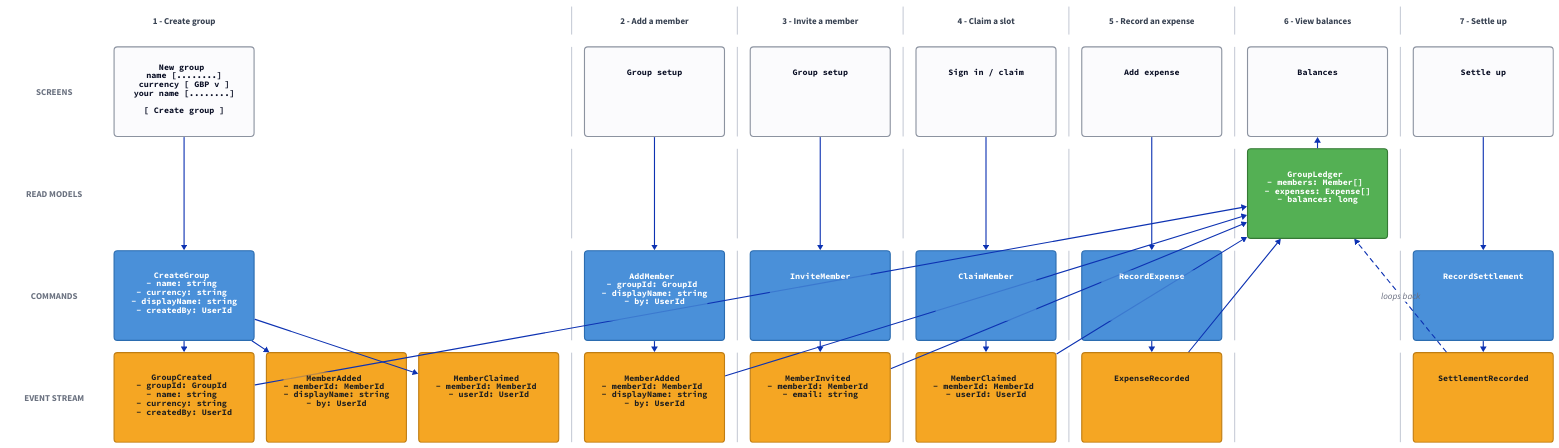
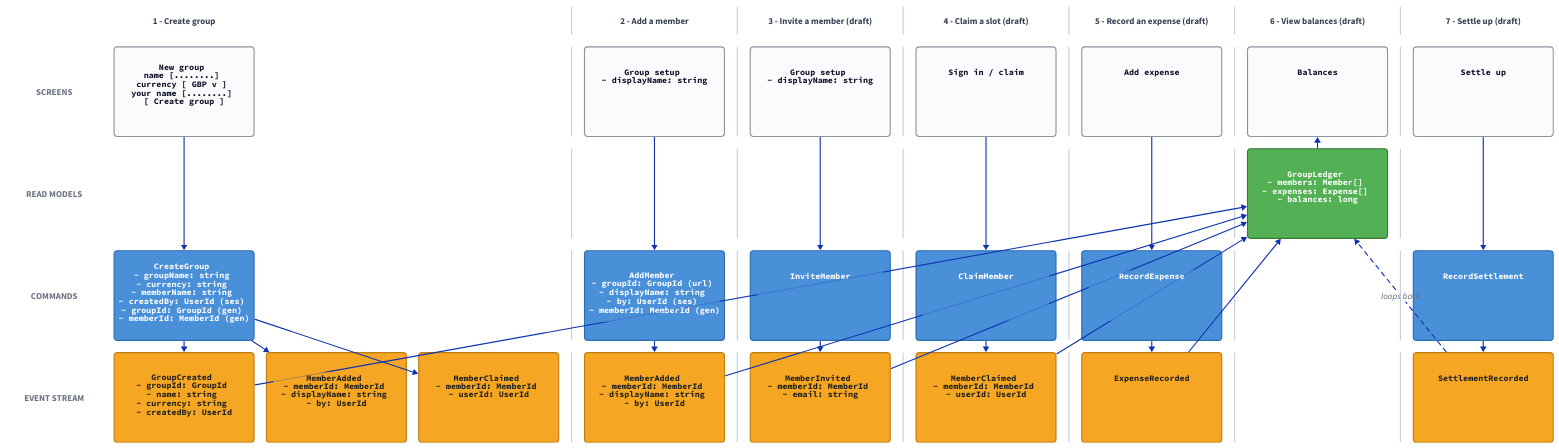
Before and after one commit to MartinFaartoft/share-expenses: the diagram in docs/event-model/happy-path.d2, drawn with D2. The commit also changed 11 other files, not shown here.

```diff
--- a/docs/event-model/happy-path.d2
+++ b/docs/event-model/happy-path.d2
@@ -1,158 +1,158 @@
 # GENERATED from event-model.yaml by generate.py - do not edit.
 #
 # Rows: 1 slice names, 2 SCREENS, 3 READ MODELS, 4 COMMANDS, 5 EVENT STREAM.
 # Read models sit by the screens they feed and commands by the events they emit,
 # so the arrow for either pattern is only ever one row long.
 # Column 1 holds lane labels, slices are separated by a 2px divider column, and
 # every other column is one event slot: time runs left to right.
 
 grid-rows: 5
 horizontal-gap: 22
 vertical-gap: 22
 
 classes: {
   lanelabel: {
     width: 170; height: 160
     style: { fill: transparent; stroke-width: 0; font-color: "#6b7280"; bold: true }
   }
   slicename: {
     width: 250; height: 50
     style: { fill: transparent; stroke-width: 0; font-color: "#374151"; bold: true }
   }
   lgapN: { width: 170;    height: 50;  style: { opacity: 0 } }
   gapN:  { width: 250; height: 50;  style: { opacity: 0 } }
   divN:  { width: 2;      height: 50;  style: { fill: "#c9ced8"; stroke-width: 0 } }
   div:   { width: 2;      height: 160; style: { fill: "#c9ced8"; stroke-width: 0 } }
   gap:   { width: 250; height: 160; style: { opacity: 0 } }
   screen: {
     width: 250; height: 160
     style: { font: mono; font-size: 15; fill: "#fbfbfd"; stroke: "#8c93a0"; stroke-width: 2; border-radius: 6 }
   }
   command: {
     width: 250; height: 160
     style: { font: mono; font-size: 15; fill: "#4a90d9"; stroke: "#2b6cb0"; font-color: "#ffffff"; border-radius: 6 }
   }
   event: {
     width: 250; height: 160
     style: { font: mono; font-size: 15; fill: "#f5a623"; stroke: "#c07d12"; font-color: "#1f1f1f"; border-radius: 6 }
   }
   view: {
     width: 250; height: 160
     style: { font: mono; font-size: 15; fill: "#54b054"; stroke: "#357935"; font-color: "#ffffff"; border-radius: 6 }
   }
 }
 
 # ===== row 1: slice names =====
 q0: "" { class: lgapN }
 n0: "1 - Create group                        " { class: slicename }
 gpN0_1: "" { class: gapN }
 gpN0_2: "" { class: gapN }
 dvN1: "" { class: divN }
 n1: "2 - Add a member                        " { class: slicename }
 dvN2: "" { class: divN }
-n2: "3 - Invite a member                     " { class: slicename }
+n2: "3 - Invite a member (draft)             " { class: slicename }
 dvN3: "" { class: divN }
-n3: "4 - Claim a slot                        " { class: slicename }
+n3: "4 - Claim a slot (draft)                " { class: slicename }
 dvN4: "" { class: divN }
-n4: "5 - Record an expense                   " { class: slicename }
+n4: "5 - Record an expense (draft)           " { class: slicename }
 dvN5: "" { class: divN }
-n5: "6 - View balances                       " { class: slicename }
+n5: "6 - View balances (draft)               " { class: slicename }
 dvN6: "" { class: divN }
-n6: "7 - Settle up                           " { class: slicename }
+n6: "7 - Settle up (draft)                   " { class: slicename }
 
 # ===== row 2: screens =====
 l2: "SCREENS" { class: lanelabel }
-s0: "New group            \n                     \nname       [........]\ncurrency   [ GBP  v ]\nyour name  [........]\n                     \n  [ Create group ]   " { class: screen }
+s0: "New group                 \n                          \nname       [........]     \ncurrency   [ GBP  v ]     \nyour name  [........]     \n                          \n  [ Create group ]        " { class: screen }
 gp2_0_1: "" { class: gap }
 gp2_0_2: "" { class: gap }
 dv2_1: "" { class: div }
-s1: "Group setup          \n                     \n                     \n                     \n                     \n                     " { class: screen }
+s1: "Group setup               \n                          \n- displayName: string     \n                          \n                          \n                          " { class: screen }
 dv2_2: "" { class: div }
-s2: "Group setup          \n                     \n                     \n                     \n                     \n                     " { class: screen }
+s2: "Group setup               \n                          \n- displayName: string     \n                          \n                          \n                          " { class: screen }
 dv2_3: "" { class: div }
-s3: "Sign in / claim      \n                     \n                     \n                     \n                     \n                     " { class: screen }
+s3: "Sign in / claim           \n                          \n                          \n                          \n                          \n                          " { class: screen }
 dv2_4: "" { class: div }
-s4: "Add expense          \n                     \n                     \n                     \n                     \n                     " { class: screen }
+s4: "Add expense               \n                          \n                          \n                          \n                          \n                          " { class: screen }
 dv2_5: "" { class: div }
-s5: "Balances             \n                     \n                     \n                     \n                     \n                     " { class: screen }
+s5: "Balances                  \n                          \n                          \n                          \n                          \n                          " { class: screen }
 dv2_6: "" { class: div }
-s6: "Settle up            \n                     \n                     \n                     \n                     \n                     " { class: screen }
+s6: "Settle up                 \n                          \n                          \n                          \n                          \n                          " { class: screen }
 
 # ===== row 3: read models =====
 l3: "READ MODELS" { class: lanelabel }
 gp3_0: "" { class: gap }
 gp3_0_1: "" { class: gap }
 gp3_0_2: "" { class: gap }
 dv3_1: "" { class: div }
 gp3_1: "" { class: gap }
 dv3_2: "" { class: div }
 gp3_2: "" { class: gap }
 dv3_3: "" { class: div }
 gp3_3: "" { class: gap }
 dv3_4: "" { class: div }
 gp3_4: "" { class: gap }
 dv3_5: "" { class: div }
-rm5: "GroupLedger          \n                     \n- members: Member[]  \n- expenses: Expense[]\n- balances: long     \n                     " { class: view }
+rm5: "GroupLedger               \n                          \n- members: Member[]       \n- expenses: Expense[]     \n- balances: long          \n                          " { class: view }
 dv3_6: "" { class: div }
 gp3_6: "" { class: gap }
 
 # ===== row 4: commands =====
 l4: "COMMANDS" { class: lanelabel }
-c0: "CreateGroup          \n                     \n- name: string       \n- currency: string   \n- displayName: string\n- createdBy: UserId  " { class: command }
+c0: "CreateGroup               \n                          \n- groupName: string       \n- currency: string        \n- memberName: string      \n- createdBy: UserId (ses) \n- groupId: GroupId (gen)  \n- memberId: MemberId (gen)" { class: command }
 gp4_0_1: "" { class: gap }
 gp4_0_2: "" { class: gap }
 dv4_1: "" { class: div }
-c1: "AddMember            \n                     \n- groupId: GroupId   \n- displayName: string\n- by: UserId         \n                     " { class: command }
+c1: "AddMember                 \n                          \n- groupId: GroupId (url)  \n- displayName: string     \n- by: UserId (ses)        \n- memberId: MemberId (gen)" { class: command }
 dv4_2: "" { class: div }
-c2: "InviteMember         \n                     \n                     \n                     \n                     \n                     " { class: command }
+c2: "InviteMember              \n                          \n                          \n                          \n                          \n                          " { class: command }
 dv4_3: "" { class: div }
-c3: "ClaimMember          \n                     \n                     \n                     \n                     \n                     " { class: command }
+c3: "ClaimMember               \n                          \n                          \n                          \n                          \n                          " { class: command }
 dv4_4: "" { class: div }
-c4: "RecordExpense        \n                     \n                     \n                     \n                     \n                     " { class: command }
+c4: "RecordExpense             \n                          \n                          \n                          \n                          \n                          " { class: command }
 dv4_5: "" { class: div }
 gp4_5: "" { class: gap }
 dv4_6: "" { class: div }
-c6: "RecordSettlement     \n                     \n                     \n                     \n                     \n                     " { class: command }
+c6: "RecordSettlement          \n                          \n                          \n                          \n                          \n                          " { class: command }
 
 # ===== row 5: event stream =====
 l5: "EVENT STREAM" { class: lanelabel }
-e0_0: "GroupCreated         \n                     \n- groupId: GroupId   \n- name: string       \n- currency: string   \n- createdBy: UserId  " { class: event }
-e0_1: "MemberAdded          \n                     \n- memberId: MemberId \n- displayName: string\n- by: UserId         \n                     " { class: event }
-e0_2: "MemberClaimed        \n                     \n- memberId: MemberId \n- userId: UserId     \n                     \n                     " { class: event }
+e0_0: "GroupCreated              \n                          \n- groupId: GroupId        \n- name: string            \n- currency: string        \n- createdBy: UserId       " { class: event }
+e0_1: "MemberAdded               \n                          \n- memberId: MemberId      \n- displayName: string     \n- by: UserId              \n                          " { class: event }
+e0_2: "MemberClaimed             \n                          \n- memberId: MemberId      \n- userId: UserId          \n                          \n                          " { class: event }
 dv5_1: "" { class: div }
-e1_0: "MemberAdded          \n                     \n- memberId: MemberId \n- displayName: string\n- by: UserId         \n                     " { class: event }
+e1_0: "MemberAdded               \n                          \n- memberId: MemberId      \n- displayName: string     \n- by: UserId              \n                          " { class: event }
 dv5_2: "" { class: div }
-e2_0: "MemberInvited        \n                     \n- memberId: MemberId \n- email: string      \n                     \n                     " { class: event }
+e2_0: "MemberInvited             \n                          \n- memberId: MemberId      \n- email: string           \n                          \n                          " { class: event }
 dv5_3: "" { class: div }
-e3_0: "MemberClaimed        \n                     \n- memberId: MemberId \n- userId: UserId     \n                     \n                     " { class: event }
+e3_0: "MemberClaimed             \n                          \n- memberId: MemberId      \n- userId: UserId          \n                          \n                          " { class: event }
 dv5_4: "" { class: div }
-e4_0: "ExpenseRecorded      \n                     \n                     \n                     \n                     \n                     " { class: event }
+e4_0: "ExpenseRecorded           \n                          \n                          \n                          \n                          \n                          " { class: event }
 dv5_5: "" { class: div }
 gp5_5: "" { class: gap }
 dv5_6: "" { class: div }
-e6_0: "SettlementRecorded   \n                     \n                     \n                     \n                     \n                     " { class: event }
+e6_0: "SettlementRecorded        \n                          \n                          \n                          \n                          \n                          " { class: event }
 
 # --- State Change slices: screen -> command -> event(s)
 s0 -> c0
 c0 -> e0_0
 c0 -> e0_1
 c0 -> e0_2
 s1 -> c1
 c1 -> e1_0
 s2 -> c2
 c2 -> e2_0
 s3 -> c3
 c3 -> e3_0
 s4 -> c4
 c4 -> e4_0
 s6 -> c6
 c6 -> e6_0
 
 # --- State Read slices: events -> read model -> screen
 e0_0 -> rm5
 e1_0 -> rm5
 e2_0 -> rm5
 e3_0 -> rm5
 e4_0 -> rm5
 e6_0 -> rm5: "loops back" { style.stroke-dash: 4 }
 rm5 -> s5
```
